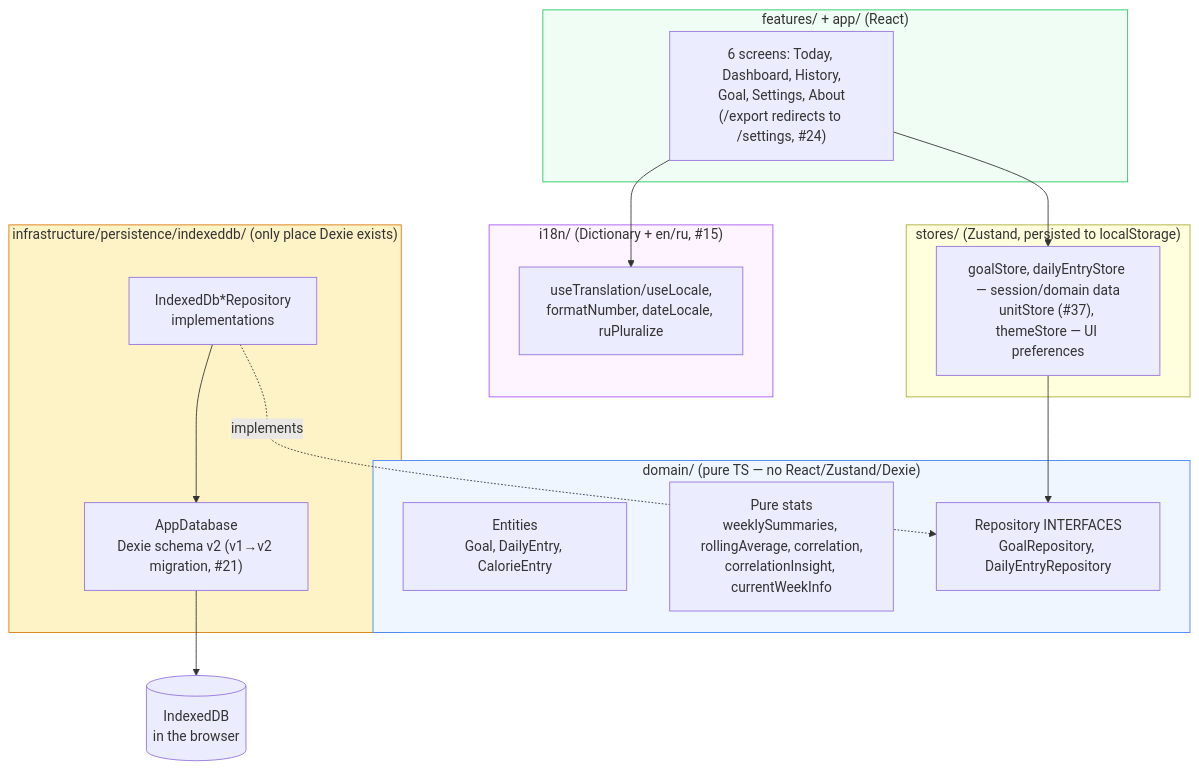
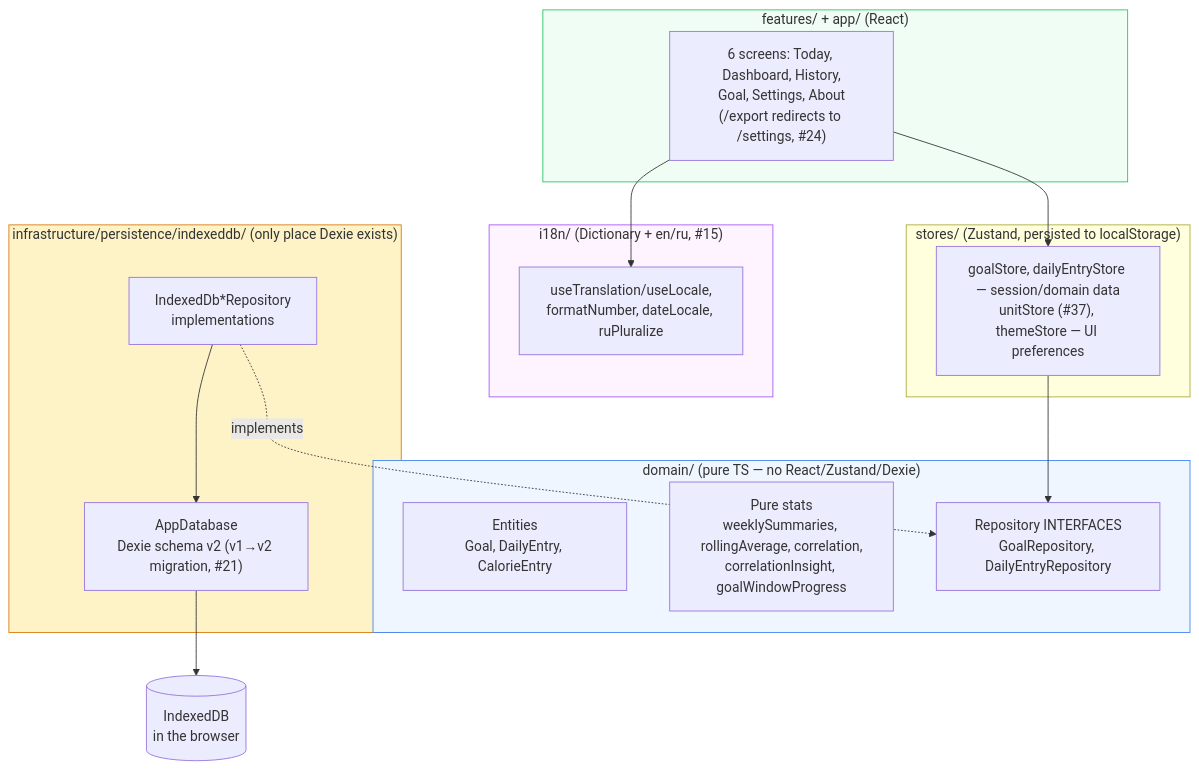
The first of 3 diagrams in docs/ARCHITECTURE.md (ZhannaM85/turtle-steps-to-the-goal), drawn with Mermaid before and after one commit. The commit also changed other lines of this file and 29 other files, not shown here.

First line of the commit message:
Anchor the weekly target to when it's set, not a fixed calendar week (#135)

````diff
--- a/docs/ARCHITECTURE.md
+++ b/docs/ARCHITECTURE.md
@@ -15,33 +15,33 @@
 ```mermaid
 flowchart TD
     subgraph UI ["features/ + app/  (React)"]
         A["6 screens: Today, Dashboard, History,<br/>Goal, Settings, About<br/>(/export redirects to /settings, #24)"]
     end
     subgraph I18n ["i18n/  (Dictionary + en/ru, #15)"]
         Z["useTranslation/useLocale,<br/>formatNumber, dateLocale, ruPluralize"]
     end
     subgraph State ["stores/  (Zustand, persisted to localStorage)"]
         B["goalStore, dailyEntryStore — session/domain data<br/>unitStore (#37), themeStore — UI preferences"]
     end
     subgraph Domain ["domain/  (pure TS — no React/Zustand/Dexie)"]
         C["Entities<br/>Goal, DailyEntry, CalorieEntry"]
-        D["Pure stats<br/>weeklySummaries, rollingAverage, correlation,<br/>correlationInsight, currentWeekInfo"]
+        D["Pure stats<br/>weeklySummaries, rollingAverage, correlation,<br/>correlationInsight, goalWindowProgress"]
         E["Repository INTERFACES<br/>GoalRepository, DailyEntryRepository"]
     end
     subgraph Infra ["infrastructure/persistence/indexeddb/  (only place Dexie exists)"]
         F["AppDatabase<br/>Dexie schema v2 (v1→v2 migration, #21)"]
         G["IndexedDb*Repository<br/>implementations"]
     end
 
     A --> B
     A --> Z
     B --> E
     G -. implements .-> E
     G --> F
     F --> H[("IndexedDB<br/>in the browser")]
 
     style Domain fill:#eff6ff,stroke:#3b82f6
     style Infra fill:#fef3c7,stroke:#d97706
     style UI fill:#f0fdf4,stroke:#22c55e
     style I18n fill:#fdf4ff,stroke:#a855f7
 ```
````
